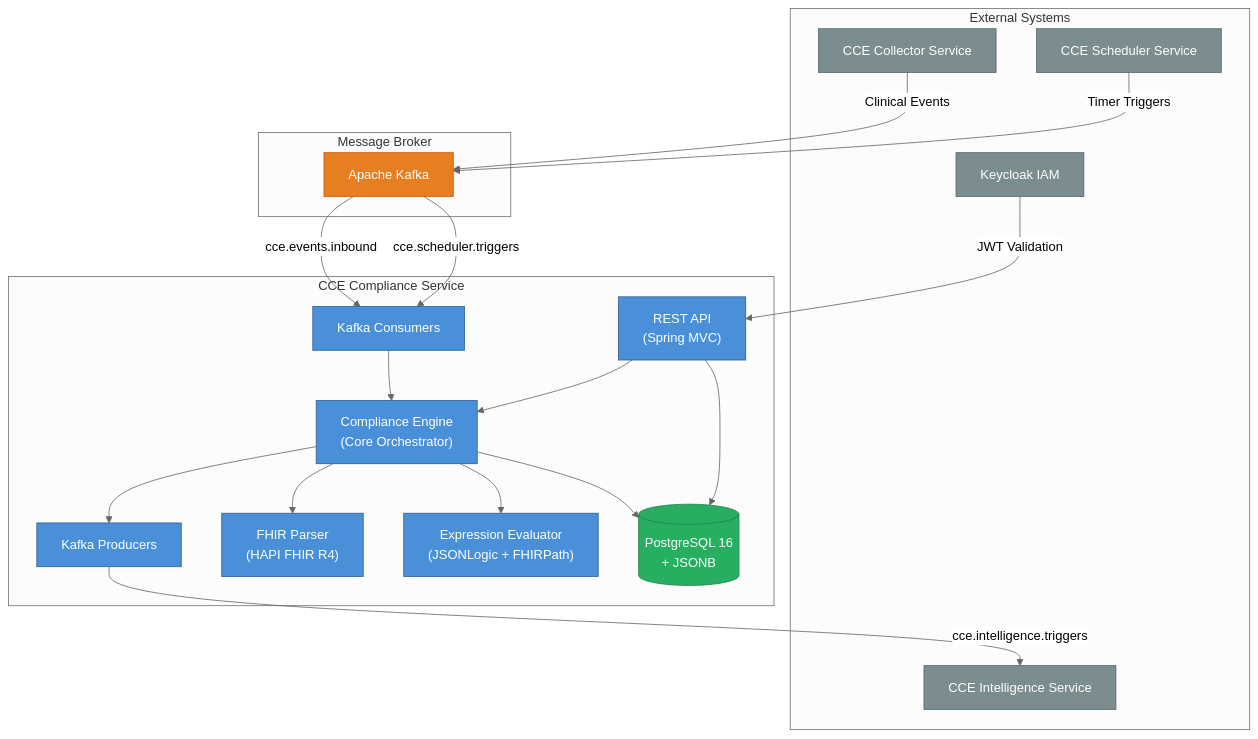
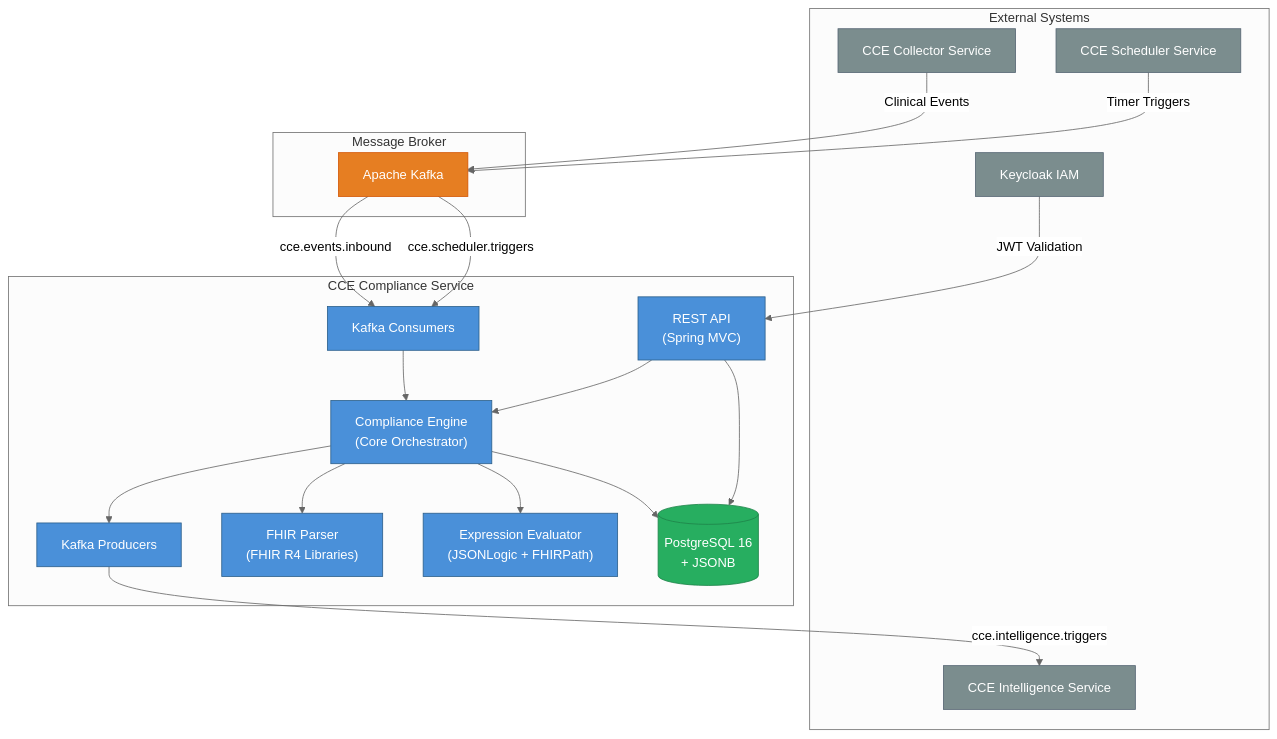
One commit to Jayaprakash8887/cce-compliance-service changed the first of 3 diagrams in docs/architecture-overview.md. Above: the diagram before and after it, drawn with Mermaid (neutral theme). The commit also changed other lines of this file and 1 other file, not shown here.

````diff
--- a/docs/architecture-overview.md
+++ b/docs/architecture-overview.md
@@ -7,47 +7,47 @@
 ```mermaid
 graph TB
     subgraph External Systems
         INTEL["CCE Intelligence Service"]
         EHR["CCE Collector Service"]
         SCHEDULER["CCE Scheduler Service"]
         KEYCLOAK["Keycloak IAM"]
     end
 
     subgraph CCE Compliance Service
         API["REST API<br/>(Spring MVC)"]
         ENGINE["Compliance Engine<br/>(Core Orchestrator)"]
         KAFKA_C["Kafka Consumers"]
         KAFKA_P["Kafka Producers"]
-        FHIR["FHIR Parser<br/>(HAPI FHIR R4)"]
+        FHIR["FHIR Parser<br/>(FHIR R4 Libraries)"]
         EXPR["Expression Evaluator<br/>(JSONLogic + FHIRPath)"]
         DB[("PostgreSQL 16<br/>+ JSONB")]
     end
 
     subgraph Message Broker
         KAFKA["Apache Kafka"]
     end
 
     EHR -->|"Clinical Events"| KAFKA
     SCHEDULER -->|"Timer Triggers"| KAFKA
     KAFKA -->|"cce.events.inbound"| KAFKA_C
     KAFKA -->|"cce.scheduler.triggers"| KAFKA_C
     KAFKA_C --> ENGINE
     ENGINE --> FHIR
     ENGINE --> EXPR
     ENGINE --> DB
     ENGINE --> KAFKA_P
     KAFKA_P -->|"cce.intelligence.triggers"| INTEL
     API --> ENGINE
     API --> DB
     KEYCLOAK -->|"JWT Validation"| API
 
     classDef service fill:#4A90D9,stroke:#2C5F8A,color:white
     classDef external fill:#7B8D8E,stroke:#566573,color:white
     classDef data fill:#27AE60,stroke:#1E8449,color:white
     classDef broker fill:#E67E22,stroke:#D35400,color:white
 
     class API,ENGINE,KAFKA_C,KAFKA_P,FHIR,EXPR service
     class EHR,SCHEDULER,INTEL,KEYCLOAK external
     class DB data
     class KAFKA broker
 ```
````
